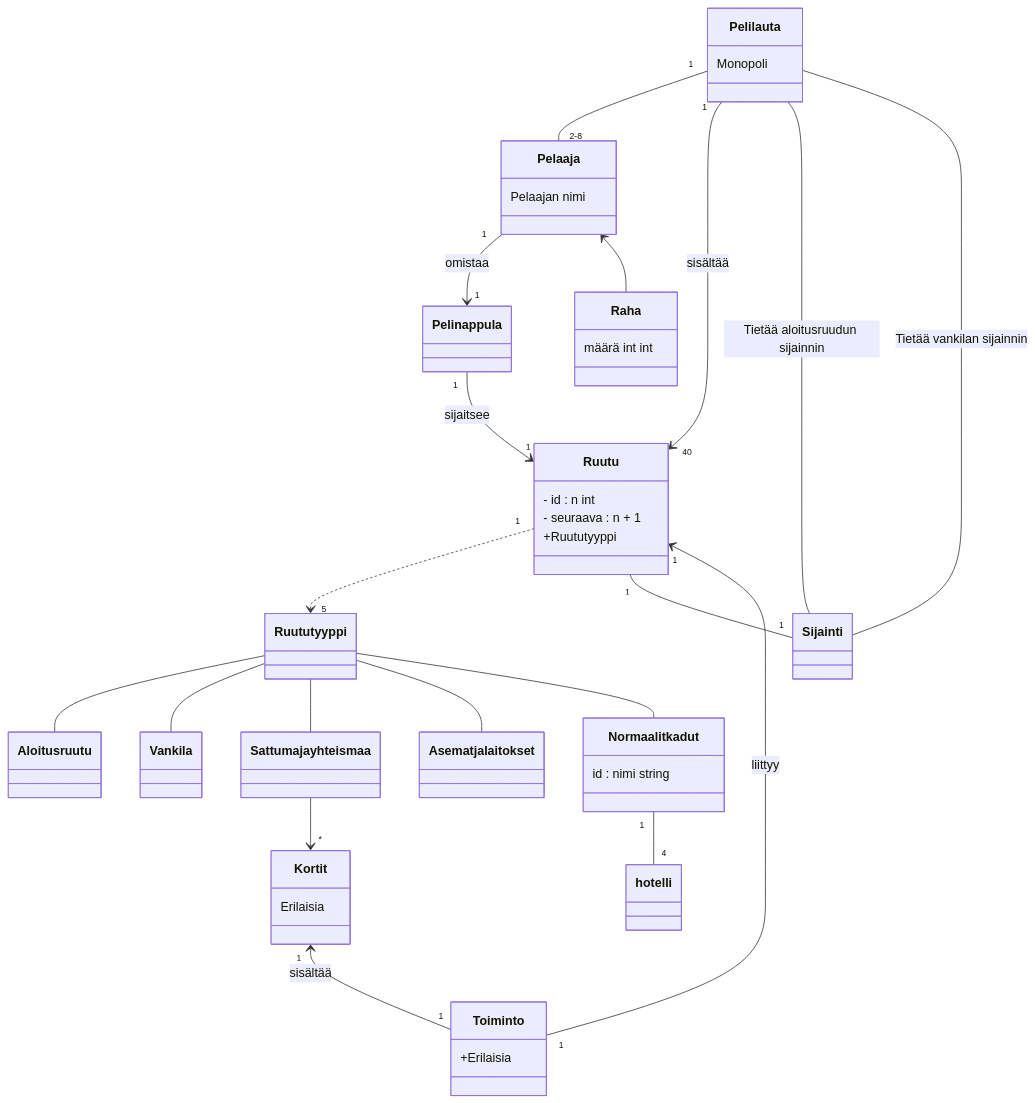
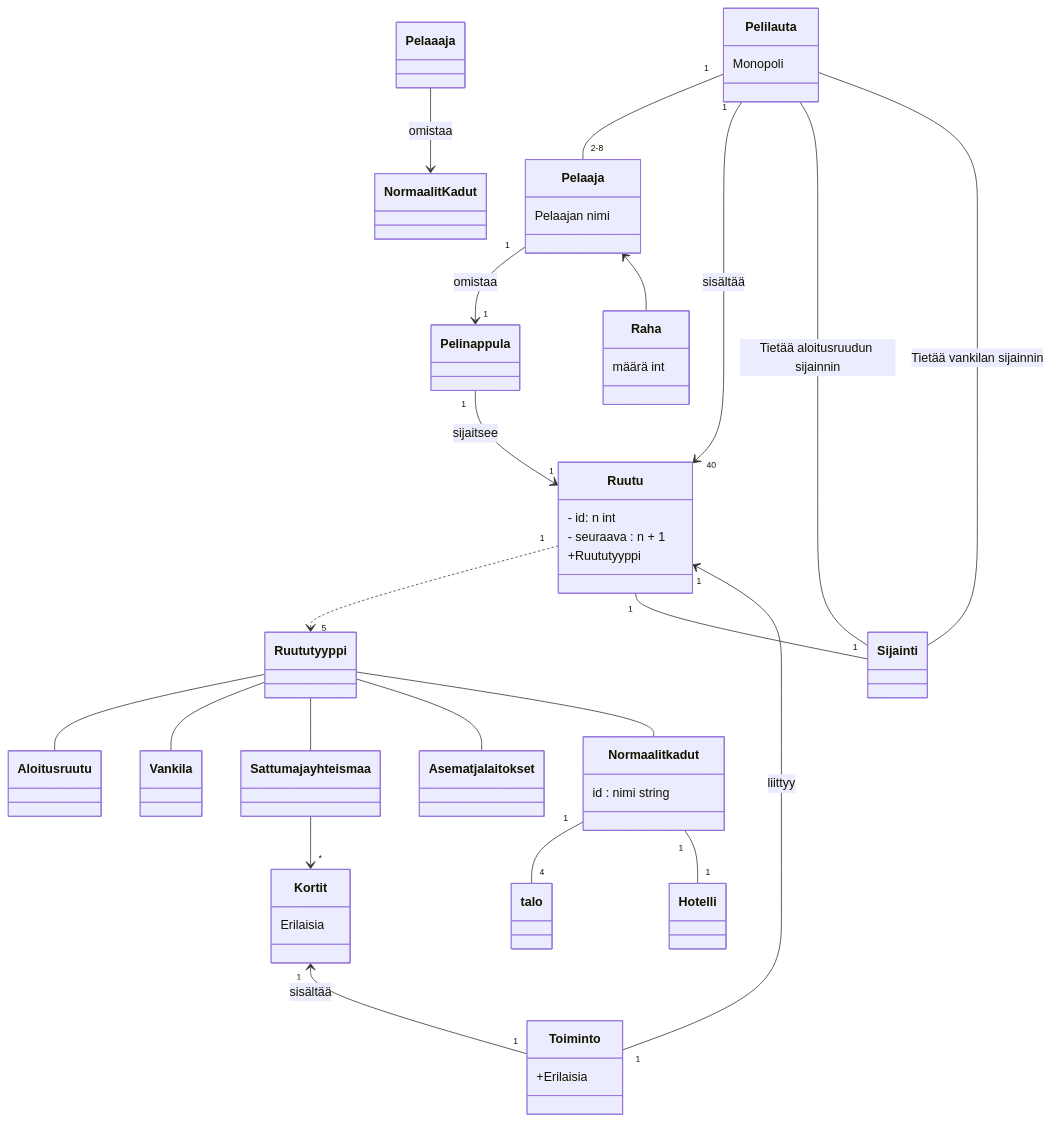
The diagram in laskarit/viikko3/monopoli.md (brotholi/ot-harjoitustyo), drawn with Mermaid before and after one commit.

````diff
--- a/laskarit/viikko3/monopoli.md
+++ b/laskarit/viikko3/monopoli.md
@@ -1,78 +1,81 @@
 ```mermaid
  classDiagram
     
     
     class Pelaaja {
         Pelaajan nimi
     }
 
     class Pelilauta {
      Monopoli 
     }
     
     
     class Ruutu {
-    - id : n int
+    - id: n int
     - seuraava : n + 1
      +Ruututyyppi 
     
     }
     
     
 
     class Normaalit kadut {
     id : nimi string
     }
          
     class Pelinappula {
     }
     
     class Toiminto {
     +Erilaisia
     }
     
     class Kortit {
     Erilaisia
     
     }
     
     class Raha {
-    määrä int int
+    määrä int
     }
     
 
     Pelilauta "1" -- "2-8" Pelaaja
 
     Pelaaja "1" --> "1" Pelinappula : omistaa
     Pelilauta "1" --> "40" Ruutu : sisältää
     Pelinappula "1" --> "1" Ruutu : sijaitsee
 
     Ruutu "1" ..> "5" Ruututyyppi 
     
     Ruututyyppi -- Aloitusruutu
     Ruututyyppi -- Vankila
     Ruututyyppi -- Sattuma ja yhteismaa
     Ruututyyppi -- Asemat ja laitokset
     Ruututyyppi -- Normaalit kadut
 
 
     Sattuma ja yhteismaa --> "*" Kortit
     
     Ruutu "1" -- "1" Sijainti
     
     Pelilauta -- Sijainti : Tietää aloitusruudun sijainnin
     Pelilauta -- Sijainti : Tietää vankilan sijainnin
     
     Ruutu "1" <-- "1" Toiminto : liittyy
     
     Kortit "1" <-- "1" Toiminto : sisältää
     
     Pelaaja <-- Raha
     
-    Normaalit kadut "1" -- "4" hotelli
+    Normaalit kadut "1" -- "4" talo
+    Normaalit kadut "1" -- "1" Hotelli
+    
+    Pelaaaja --> Normaalit Kadut : omistaa
     
     
 
 
     
 ```
````
